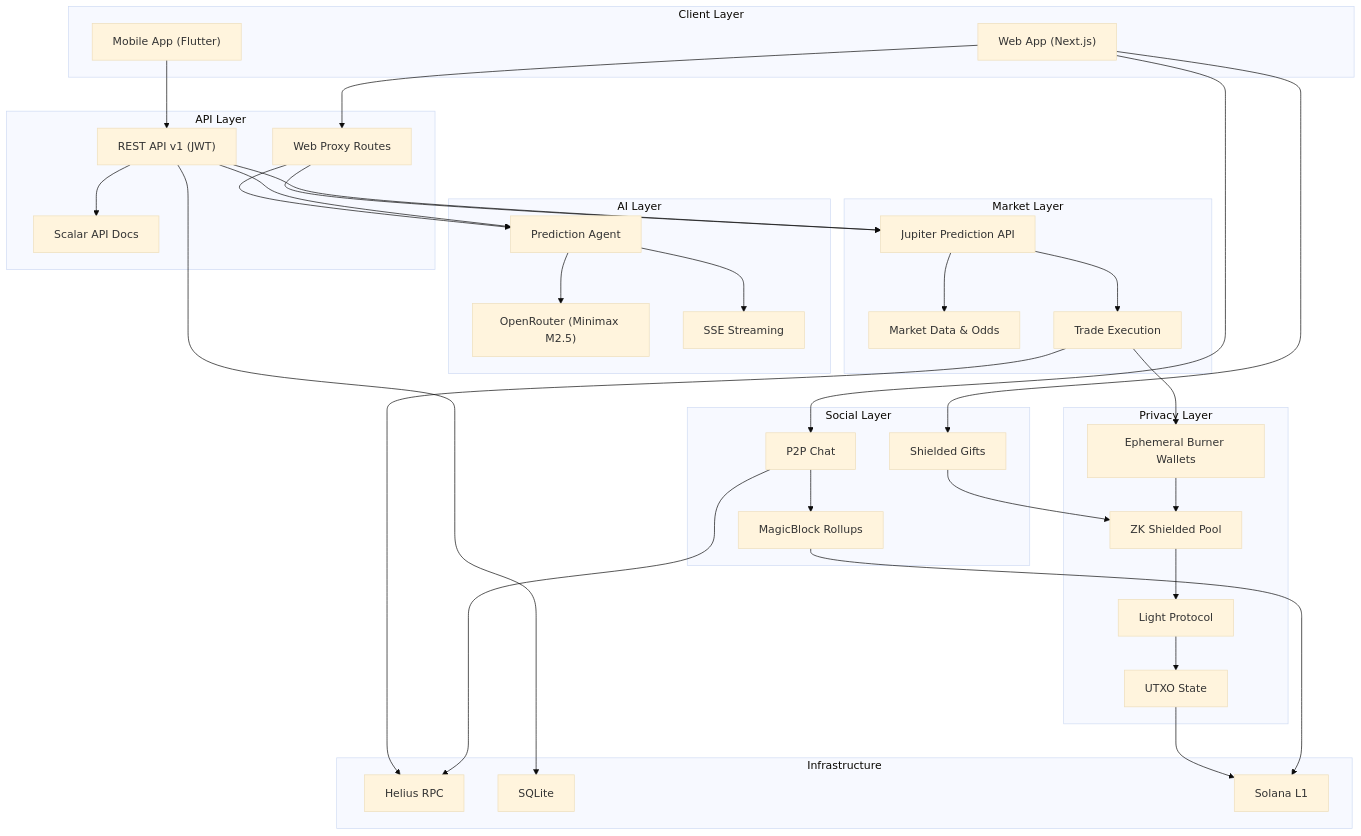
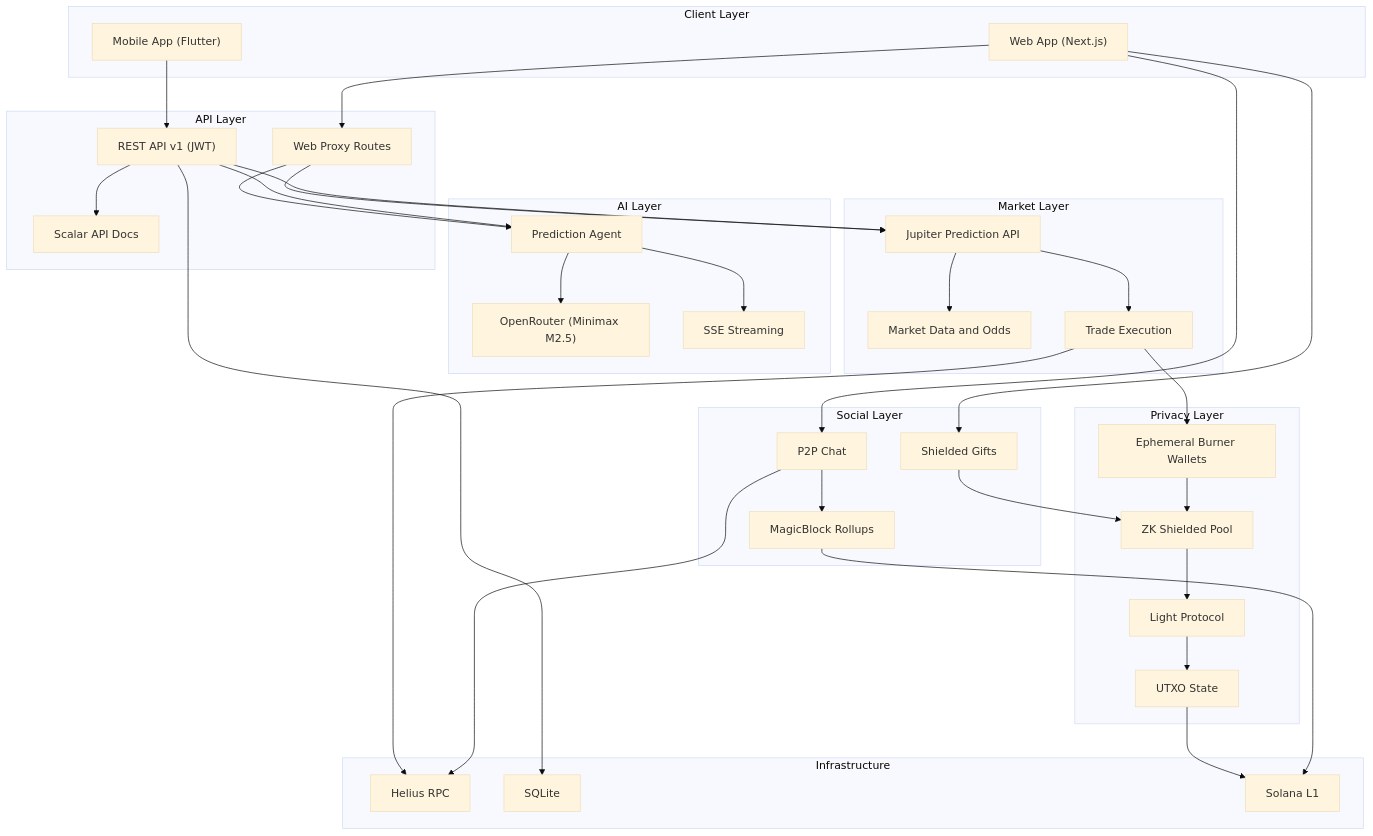
One commit to bri-anadi/frequencii changed the first of 13 diagrams in ARCHITECTURE.md. Above: the diagram before and after it, drawn with Mermaid (base theme). The commit also changed other lines of this file and 1 other file, not shown here.

````diff
--- a/ARCHITECTURE.md
+++ b/ARCHITECTURE.md
@@ -15,75 +15,75 @@
 ```mermaid
 flowchart TB
     subgraph Client["Client Layer"]
         Web["Web App (Next.js)"]
         Mobile["Mobile App (Flutter)"]
     end
 
     subgraph API["API Layer"]
         WebProxy["Web Proxy Routes"]
         V1["REST API v1 (JWT)"]
         Docs["Scalar API Docs"]
     end
 
     subgraph Intelligence["AI Layer"]
         Agent["Prediction Agent"]
         LLM["OpenRouter (Minimax M2.5)"]
         Stream["SSE Streaming"]
     end
 
     subgraph Markets["Market Layer"]
         Jupiter["Jupiter Prediction API"]
-        MarketData["Market Data & Odds"]
+        MarketData["Market Data and Odds"]
         Trading["Trade Execution"]
     end
 
     subgraph Privacy["Privacy Layer"]
         ZKPool["ZK Shielded Pool"]
         Light["Light Protocol"]
         Burner["Ephemeral Burner Wallets"]
         UTXO["UTXO State"]
     end
 
     subgraph Social["Social Layer"]
         Chat["P2P Chat"]
         MagicBlock["MagicBlock Rollups"]
         Gifts["Shielded Gifts"]
     end
 
     subgraph Infra["Infrastructure"]
         Helius["Helius RPC"]
         SQLite["SQLite"]
         Solana["Solana L1"]
     end
 
     Web --> WebProxy
     Mobile --> V1
     V1 --> Docs
 
     WebProxy --> Agent
     V1 --> Agent
     Agent --> LLM
     Agent --> Stream
 
     WebProxy --> Jupiter
     V1 --> Jupiter
     Jupiter --> MarketData
     Jupiter --> Trading
 
     Trading --> Burner
     Burner --> ZKPool
     ZKPool --> Light
     Light --> UTXO
     UTXO --> Solana
 
     Web --> Chat
     Chat --> MagicBlock
     MagicBlock --> Solana
 
     Web --> Gifts
     Gifts --> ZKPool
 
     V1 --> SQLite
     Trading --> Helius
     Chat --> Helius
 ```
````
